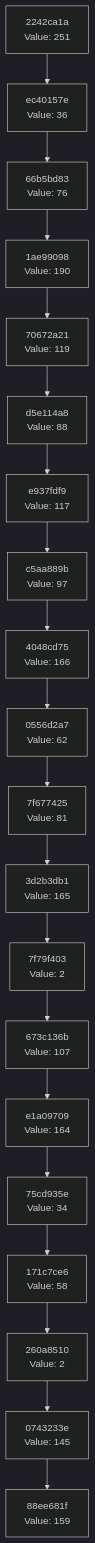
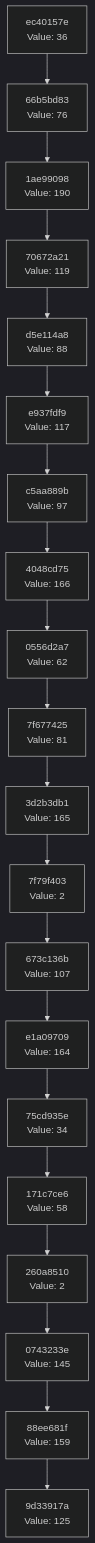
Before and after one commit to Abhisheksinha1506/hash-chain-evolver: the diagram in docs/CHAIN_VISUALIZATION.md, drawn with Mermaid (dark theme). The commit also changed 1 other file, not shown here.

Commit message:
Evolution step: hash 0x7D → action executed

````diff
--- a/docs/CHAIN_VISUALIZATION.md
+++ b/docs/CHAIN_VISUALIZATION.md
@@ -3,42 +3,42 @@
 ```mermaid
 graph TD
-    C0["88ee681f<br/>Value: 159"]
-    C1["0743233e<br/>Value: 145"]
+    C0["9d33917a<br/>Value: 125"]
+    C1["88ee681f<br/>Value: 159"]
     C1 --> C0
-    C2["260a8510<br/>Value: 2"]
+    C2["0743233e<br/>Value: 145"]
     C2 --> C1
-    C3["171c7ce6<br/>Value: 58"]
+    C3["260a8510<br/>Value: 2"]
     C3 --> C2
-    C4["75cd935e<br/>Value: 34"]
+    C4["171c7ce6<br/>Value: 58"]
     C4 --> C3
-    C5["e1a09709<br/>Value: 164"]
+    C5["75cd935e<br/>Value: 34"]
     C5 --> C4
-    C6["673c136b<br/>Value: 107"]
+    C6["e1a09709<br/>Value: 164"]
     C6 --> C5
-    C7["7f79f403<br/>Value: 2"]
+    C7["673c136b<br/>Value: 107"]
     C7 --> C6
-    C8["3d2b3db1<br/>Value: 165"]
+    C8["7f79f403<br/>Value: 2"]
     C8 --> C7
-    C9["7f677425<br/>Value: 81"]
+    C9["3d2b3db1<br/>Value: 165"]
     C9 --> C8
-    C10["0556d2a7<br/>Value: 62"]
+    C10["7f677425<br/>Value: 81"]
     C10 --> C9
-    C11["4048cd75<br/>Value: 166"]
+    C11["0556d2a7<br/>Value: 62"]
     C11 --> C10
-    C12["c5aa889b<br/>Value: 97"]
+    C12["4048cd75<br/>Value: 166"]
     C12 --> C11
-    C13["e937fdf9<br/>Value: 117"]
+    C13["c5aa889b<br/>Value: 97"]
     C13 --> C12
-    C14["d5e114a8<br/>Value: 88"]
+    C14["e937fdf9<br/>Value: 117"]
     C14 --> C13
-    C15["70672a21<br/>Value: 119"]
+    C15["d5e114a8<br/>Value: 88"]
     C15 --> C14
-    C16["1ae99098<br/>Value: 190"]
+    C16["70672a21<br/>Value: 119"]
     C16 --> C15
-    C17["66b5bd83<br/>Value: 76"]
+    C17["1ae99098<br/>Value: 190"]
     C17 --> C16
-    C18["ec40157e<br/>Value: 36"]
+    C18["66b5bd83<br/>Value: 76"]
     C18 --> C17
-    C19["2242ca1a<br/>Value: 251"]
+    C19["ec40157e<br/>Value: 36"]
     C19 --> C18
 ```
````
